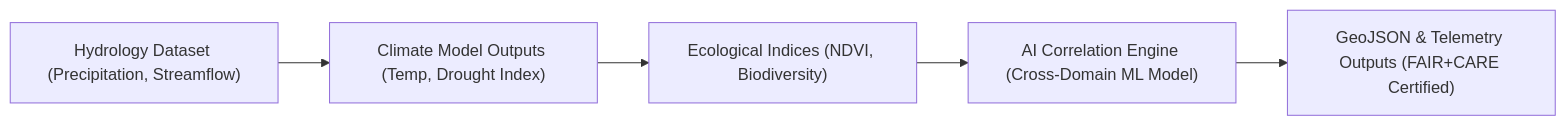
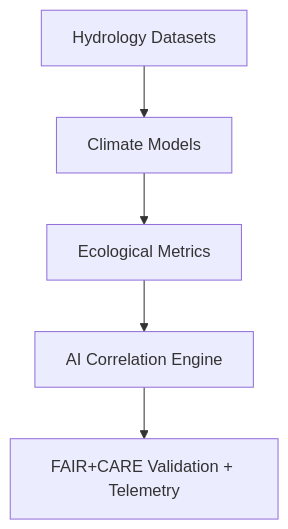
One commit to bartytime4life/Kansas-Frontier-Matrix changed the diagram in docs/analyses/cross-domain/ README.md. Above: the diagram before and after it, drawn with Mermaid. The commit also changed other lines of this file, not shown here.

````diff
--- a/docs/analyses/cross-domain/ README.md
+++ b/docs/analyses/cross-domain/ README.md
@@ -106,7 +112,7 @@
 ```mermaid
-flowchart LR
-A["Hydrology Dataset (Precipitation, Streamflow)"] --> B["Climate Model Outputs (Temp, Drought Index)"]
-B --> C["Ecological Indices (NDVI, Biodiversity)"]
-C --> D["AI Correlation Engine (Cross-Domain ML Model)"]
-D --> E["GeoJSON & Telemetry Outputs (FAIR+CARE Certified)"]
+flowchart TD
+  A["Hydrology Datasets"] --> B["Climate Models"]
+  B --> C["Ecological Metrics"]
+  C --> D["AI Correlation Engine"]
+  D --> E["FAIR+CARE Validation + Telemetry"]
 ```
````
